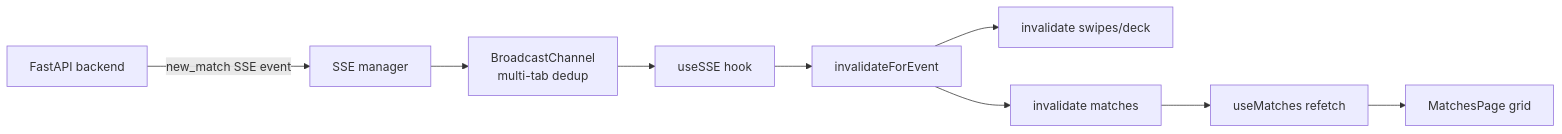
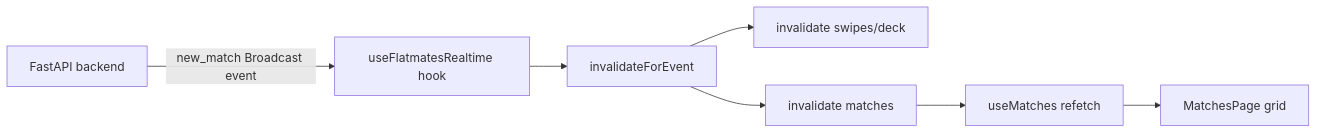
Before and after one commit to 360ghar/360-flatmates-web: the diagram in .wiki/features/likes-and-matches.md, drawn with Mermaid. The commit also changed other lines of this file and 160 other files, not shown here.

````diff
--- a/.wiki/features/likes-and-matches.md
+++ b/.wiki/features/likes-and-matches.md
@@ -45,11 +46,9 @@
 ```mermaid
 graph LR
-    B["FastAPI backend"] -->|new_match SSE event| S["SSE manager"]
-    S --> BC["BroadcastChannel<br/>multi-tab dedup"]
-    BC --> H["useSSE hook"]
+    B["FastAPI backend"] -->|new_match Broadcast event| H["useFlatmatesRealtime hook"]
     H --> Q["invalidateForEvent"]
     Q --> Q1["invalidate swipes/deck"]
     Q --> Q2["invalidate matches"]
     Q2 --> M["useMatches refetch"]
     M --> MP["MatchesPage grid"]
 ```
````
